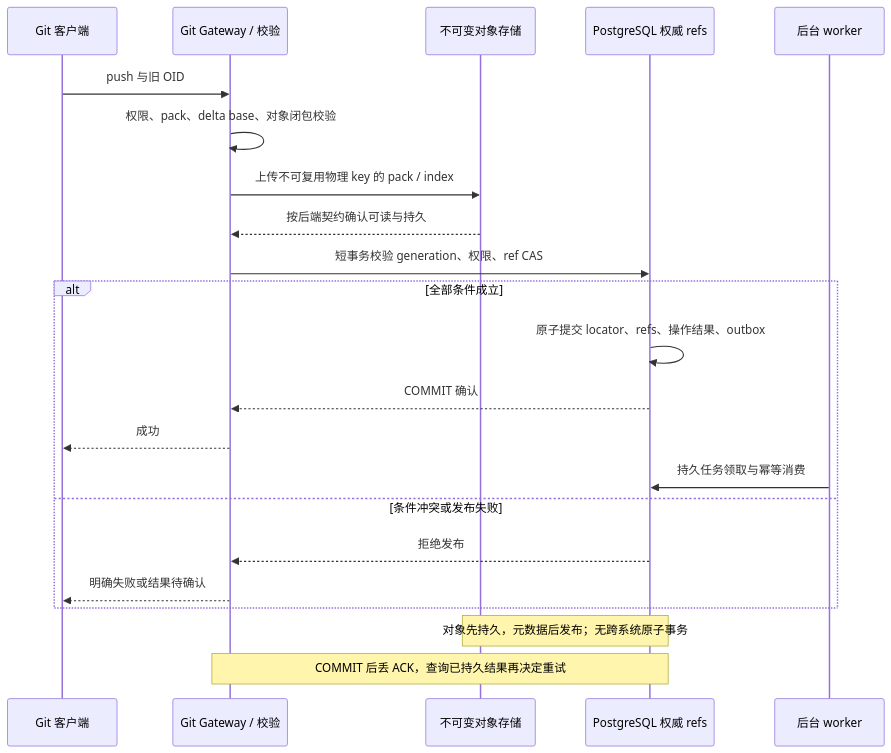
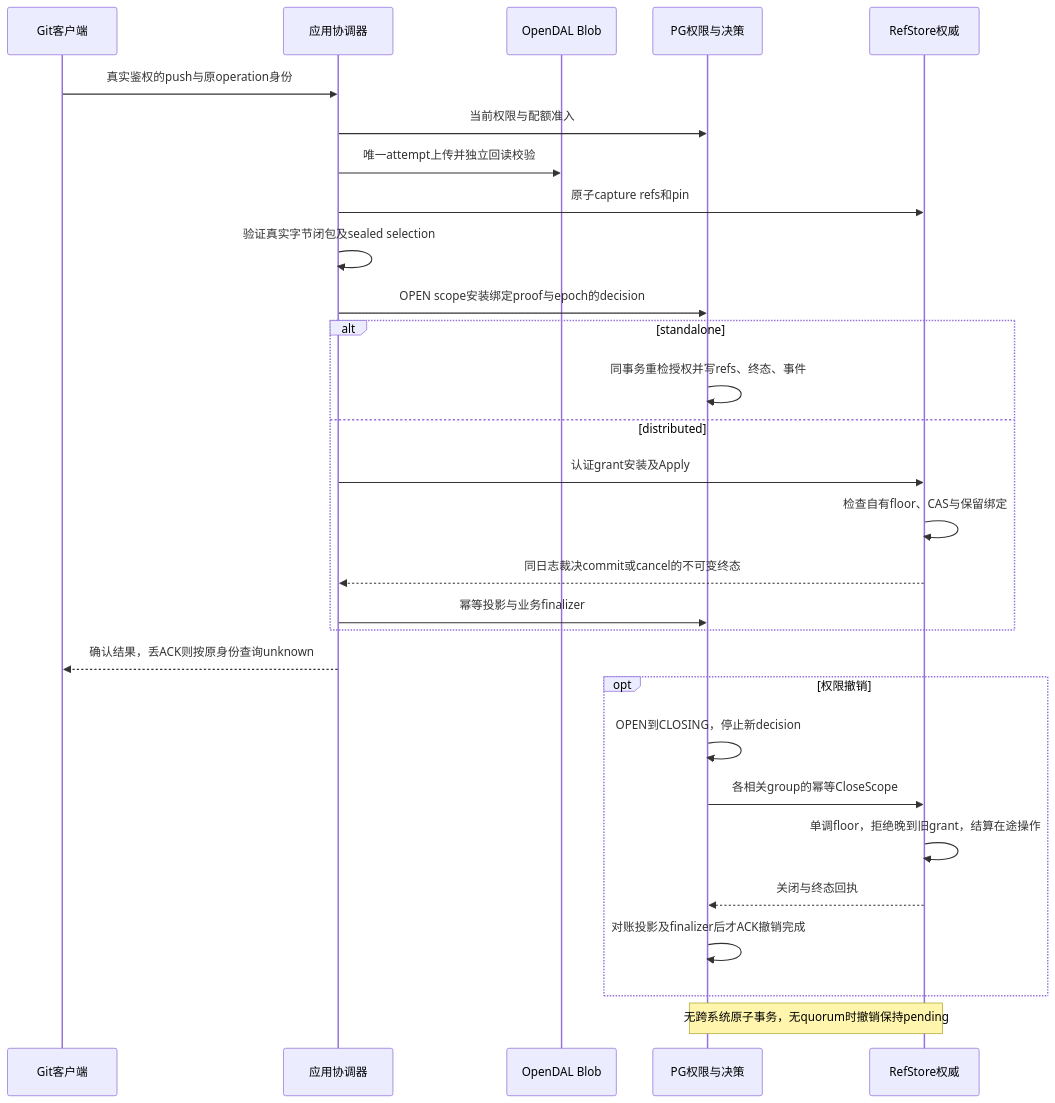
The third of 5 diagrams in docs/design/architecture-diagrams.md (jihuayu/rootyard), drawn with Mermaid before and after one commit. The commit also changed other lines of this file and 40 other files, not shown here.

Commit message:
Replace legacy architecture roadmap with fresh Blob-only deployment plan

````diff
--- a/docs/design/architecture-diagrams.md
+++ b/docs/design/architecture-diagrams.md
@@ -95,24 +57,31 @@
 ```mermaid
 sequenceDiagram
-  participant C as Git 客户端
-  participant G as Git Gateway / 校验
-  participant O as 不可变对象存储
-  participant P as PostgreSQL 权威 refs
-  participant W as 后台 worker
-  C->>G: push 与旧 OID
-  G->>G: 权限、pack、delta base、对象闭包校验
-  G->>O: 上传不可复用物理 key 的 pack / index
-  O-->>G: 按后端契约确认可读与持久
-  G->>P: 短事务校验 generation、权限、ref CAS
-  alt 全部条件成立
-    P->>P: 原子提交 locator、refs、操作结果、outbox
-    P-->>G: COMMIT 确认
-    G-->>C: 成功
-    W->>P: 持久任务领取与幂等消费
-  else 条件冲突或发布失败
-    P-->>G: 拒绝发布
-    G-->>C: 明确失败或结果待确认
+  participant C as Git客户端
+  participant A as 应用协调器
+  participant B as OpenDAL Blob
+  participant P as PG权限与决策
+  participant R as RefStore权威
+  C->>A: 真实鉴权的push与原operation身份
+  A->>P: 当前权限与配额准入
+  A->>B: 唯一attempt上传并独立回读校验
+  A->>R: 原子capture refs和pin
+  A->>A: 验证真实字节闭包及sealed selection
+  A->>P: OPEN scope安装绑定proof与epoch的decision
+  alt standalone
+    P->>P: 同事务重检授权并写refs、终态、事件
+  else distributed
+    A->>R: 认证grant安装及Apply
+    R->>R: 检查自有floor、CAS与保留绑定
+    R-->>A: 同日志裁决commit或cancel的不可变终态
+    A->>P: 幂等投影与业务finalizer
   end
-  Note over O,P: 对象先持久，元数据后发布；无跨系统原子事务
-  Note over G,P: COMMIT 后丢 ACK，查询已持久结果再决定重试
+  A-->>C: 确认结果，丢ACK则按原身份查询unknown
+  opt 权限撤销
+    P->>P: OPEN到CLOSING，停止新decision
+    P->>R: 各相关group的幂等CloseScope
+    R->>R: 单调floor，拒绝晚到旧grant，结算在途操作
+    R-->>P: 关闭与终态回执
+    P->>P: 对账投影及finalizer后才ACK撤销完成
+  end
+  Note over P,R: 无跨系统原子事务，无quorum时撤销保持pending
 ```
````
